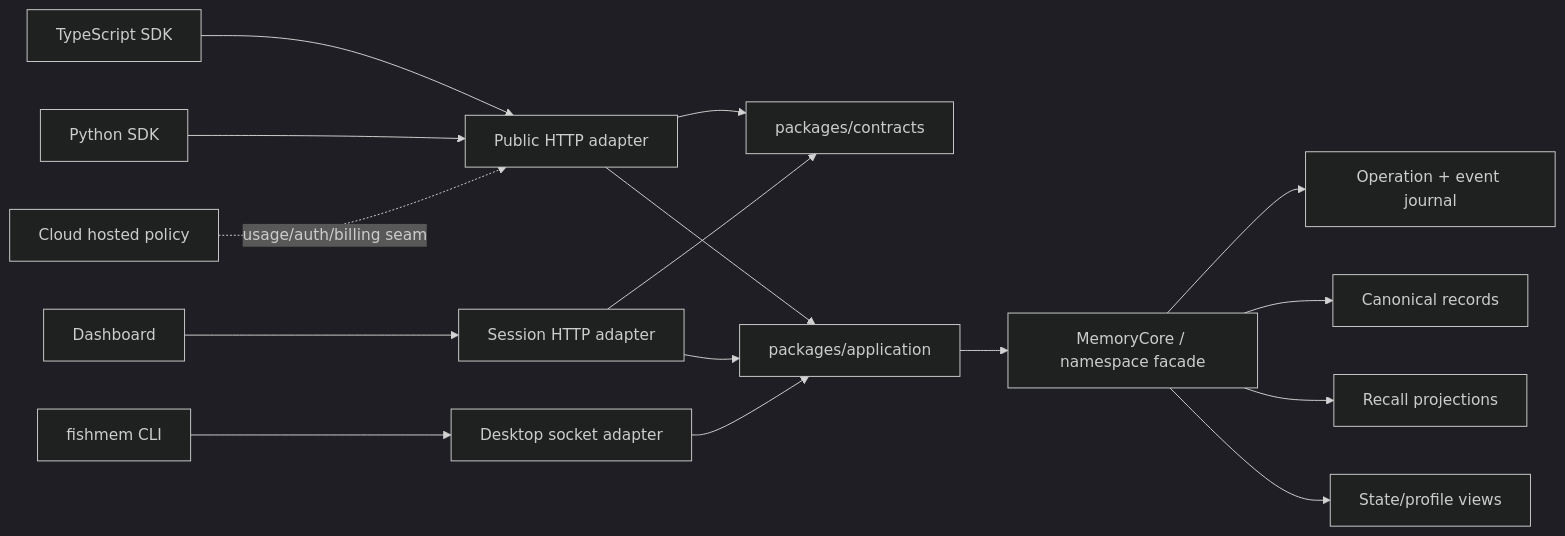
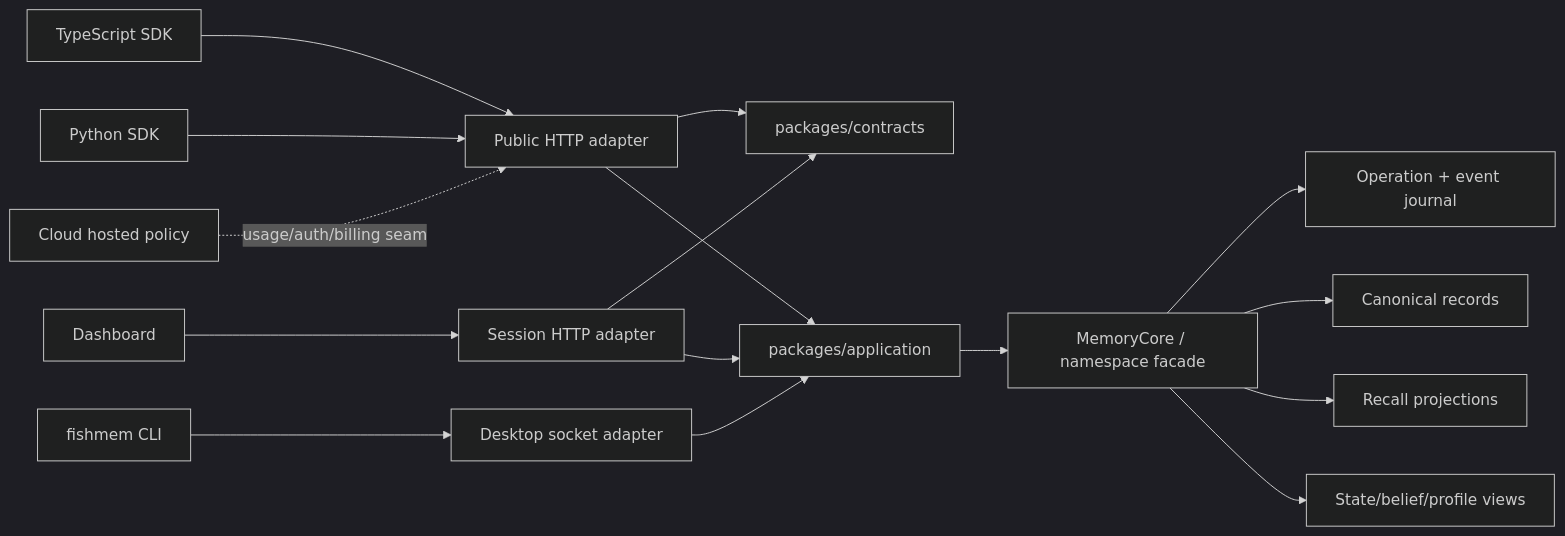
Before and after one commit to fishmem-labs/fishmem: the diagram in docs/ARCHITECTURE.md, drawn with Mermaid (dark theme). The commit also changed other lines of this file and 55 other files, not shown here.

````diff
--- a/docs/ARCHITECTURE.md
+++ b/docs/ARCHITECTURE.md
@@ -168,21 +197,21 @@
 ```mermaid
 flowchart LR
   TS["TypeScript SDK"] --> HTTP["Public HTTP adapter"]
   PY["Python SDK"] --> HTTP
   UI["Dashboard"] --> SESSION["Session HTTP adapter"]
   CLI["fishmem CLI"] --> DESKTOP["Desktop socket adapter"]
 
   HTTP --> CONTRACTS["packages/contracts"]
   SESSION --> CONTRACTS
   HTTP --> APP["packages/application"]
   SESSION --> APP
   DESKTOP --> APP
 
   APP --> CORE["MemoryCore / namespace facade"]
   CORE --> JOURNAL["Operation + event journal"]
   CORE --> RECORDS["Canonical records"]
   CORE --> INDEX["Recall projections"]
-  CORE --> VIEWS["State/profile views"]
+  CORE --> VIEWS["State/belief/profile views"]
 
   CLOUD["Cloud hosted policy"] -. "usage/auth/billing seam" .-> HTTP
 ```
````
